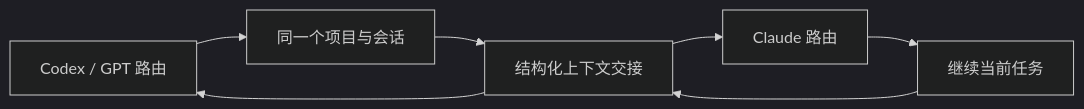
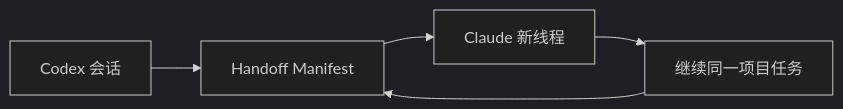
The second of 2 diagrams in README.md (player-wdnmd/hey-chat), drawn with Mermaid (dark theme) before and after one commit. The commit also changed other lines of this file and 14 other files, not shown here.

````diff
--- a/README.md
+++ b/README.md
@@ -46,9 +78,7 @@
 ```mermaid
 flowchart LR
-    A["Codex / GPT 路由"] --> B["同一个项目与会话"]
-    B --> C["结构化上下文交接"]
-    C --> D["Claude 路由"]
-    D --> E["继续当前任务"]
-    E --> C
-    C --> A
+    A["Codex 会话"] --> B["Handoff Manifest"]
+    B --> C["Claude 新线程"]
+    C --> D["继续同一项目任务"]
+    D --> B
 ```
````
